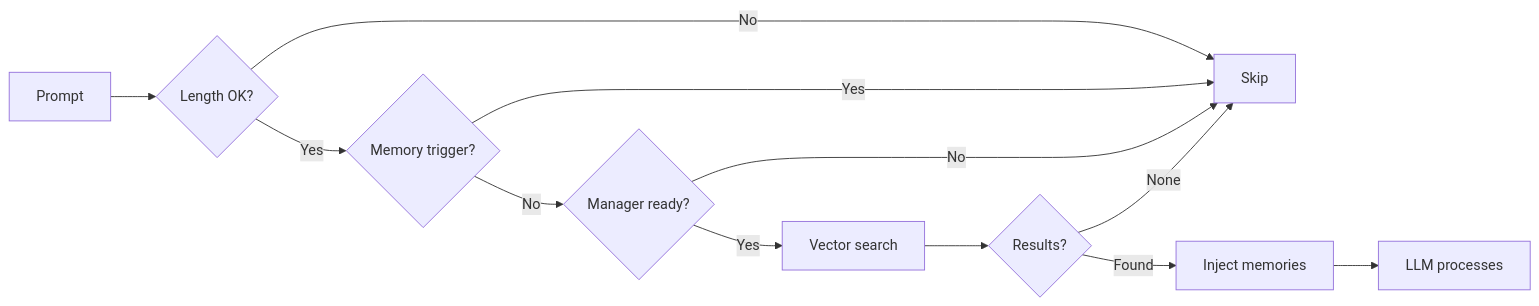
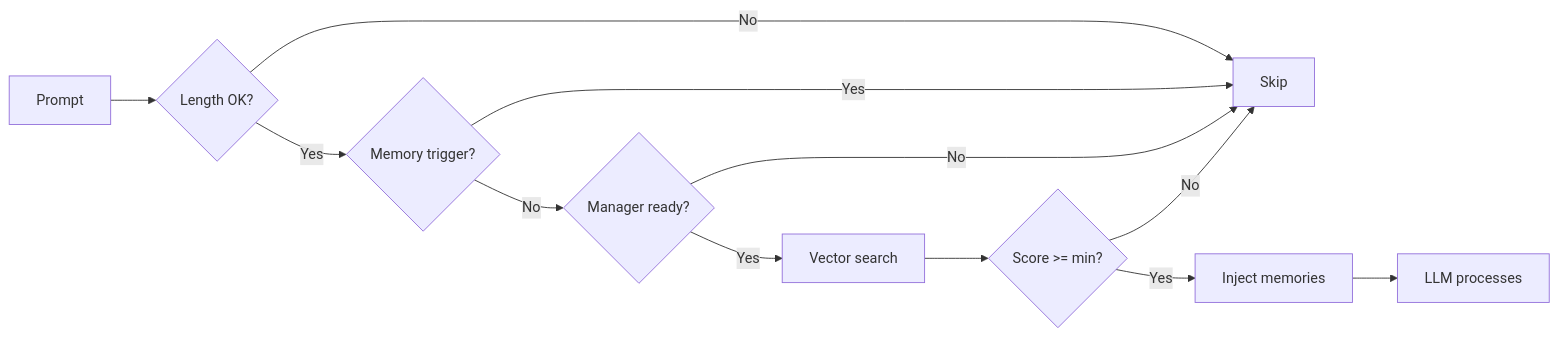
The first of 2 diagrams in README.md (aloong-planet/openclaw-memory-core-plus), drawn with Mermaid before and after one commit. The commit also changed other lines of this file and 1 other file, not shown here.

Commit message:
docs: clarify that minScore filtering is handled by the core search manager
Update flowcharts and processing steps in both READMEs to accurately
reflect that score filtering is delegated to the openclaw core search
manager (memorySearch.query.minScore), not handled by the plugin itself.

````diff
--- a/README.md
+++ b/README.md
@@ -77,14 +77,14 @@
 ```mermaid
 flowchart LR
     A[Prompt] --> B{Length OK?}
     B -- No --> X[Skip]
     B -- Yes --> C{Memory trigger?}
     C -- Yes --> X
     C -- No --> D{Manager ready?}
     D -- No --> X
     D -- Yes --> E[Vector search]
-    E --> F{Results?}
-    F -- None --> X
-    F -- Found --> G[Inject memories]
+    E --> F{Score >= min?}
+    F -- No --> X
+    F -- Yes --> G[Inject memories]
     G --> H[LLM processes]
 ```
````
